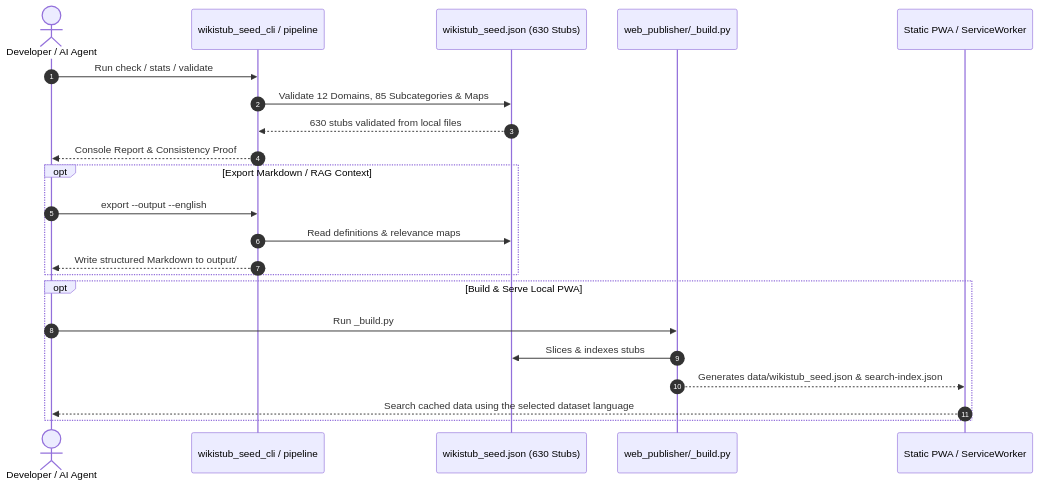
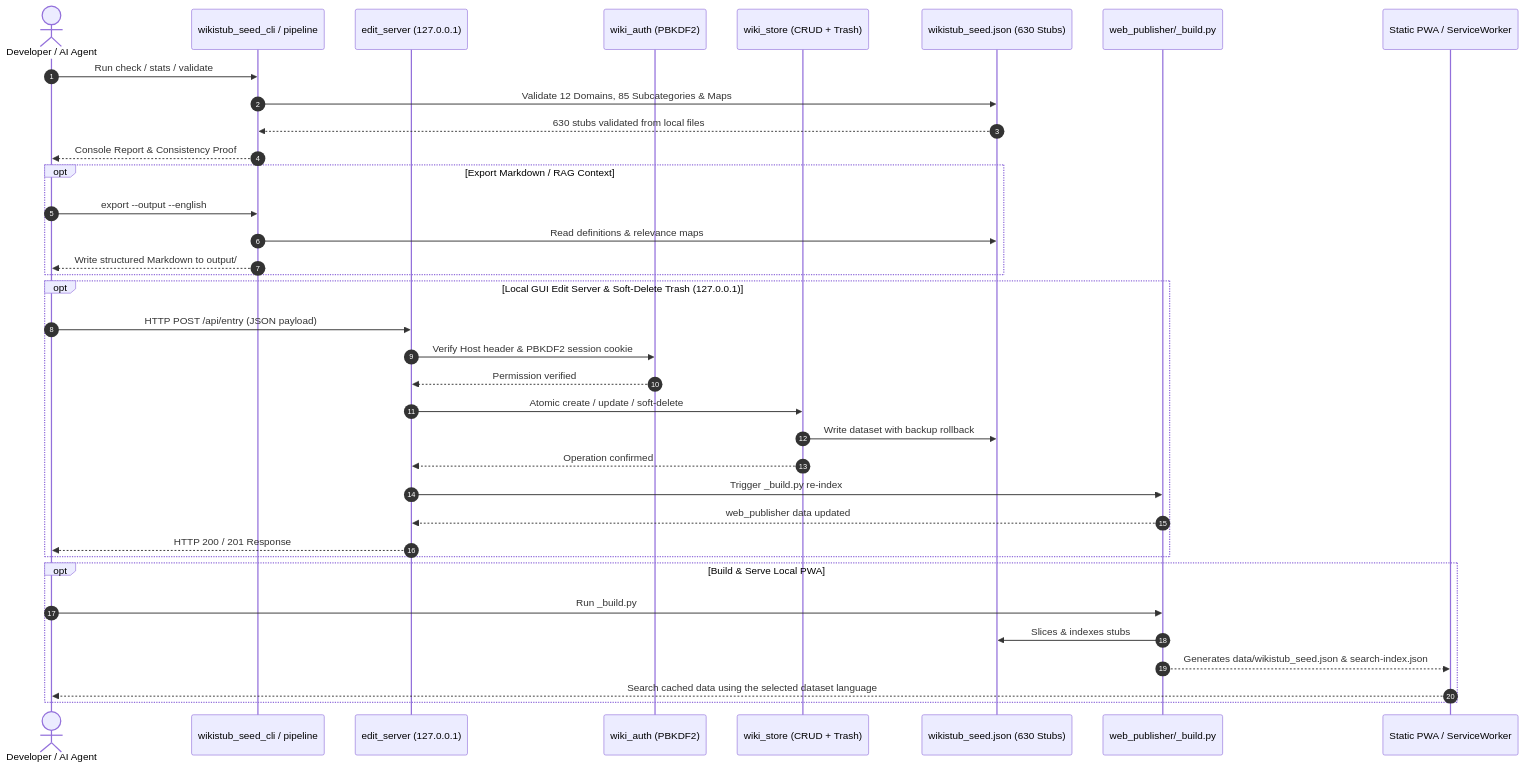
The second of 2 diagrams in README.md (dev-bricks/WikiStub-Seed), drawn with Mermaid before and after one commit. The commit also changed other lines of this file and 10 other files, not shown here.

Commit message:
docs(marketing): Pfad B discoverability, badges, sequence diagrams & PWA SEO metadata [G 2026-11-07]

````diff
--- a/README.md
+++ b/README.md
@@ -115,27 +118,42 @@
 ```mermaid
 sequenceDiagram
     autonumber
     actor User as Developer / AI Agent
     participant CLI as wikistub_seed_cli / pipeline
+    participant Server as edit_server (127.0.0.1)
+    participant Auth as wiki_auth (PBKDF2)
+    participant Store as wiki_store (CRUD + Trash)
     participant Data as wikistub_seed.json (630 Stubs)
     participant Builder as web_publisher/_build.py
     participant PWA as Static PWA / ServiceWorker
     
     User->>CLI: Run check / stats / validate
     CLI->>Data: Validate 12 Domains, 85 Subcategories & Maps
     Data-->>CLI: 630 stubs validated from local files
     CLI-->>User: Console Report & Consistency Proof
     
     opt Export Markdown / RAG Context
         User->>CLI: export --output --english
         CLI->>Data: Read definitions & relevance maps
         CLI-->>User: Write structured Markdown to output/
     end
     
+    opt Local GUI Edit Server & Soft-Delete Trash (127.0.0.1)
+        User->>Server: HTTP POST /api/entry (JSON payload)
+        Server->>Auth: Verify Host header & PBKDF2 session cookie
+        Auth-->>Server: Permission verified
+        Server->>Store: Atomic create / update / soft-delete
+        Store->>Data: Write dataset with backup rollback
+        Store-->>Server: Operation confirmed
+        Server->>Builder: Trigger _build.py re-index
+        Builder-->>Server: web_publisher data updated
+        Server-->>User: HTTP 200 / 201 Response
+    end
+
     opt Build & Serve Local PWA
         User->>Builder: Run _build.py
         Builder->>Data: Slices & indexes stubs
         Builder-->>PWA: Generates data/wikistub_seed.json & search-index.json
         PWA-->>User: Search cached data using the selected dataset language
     end
 ```
````
